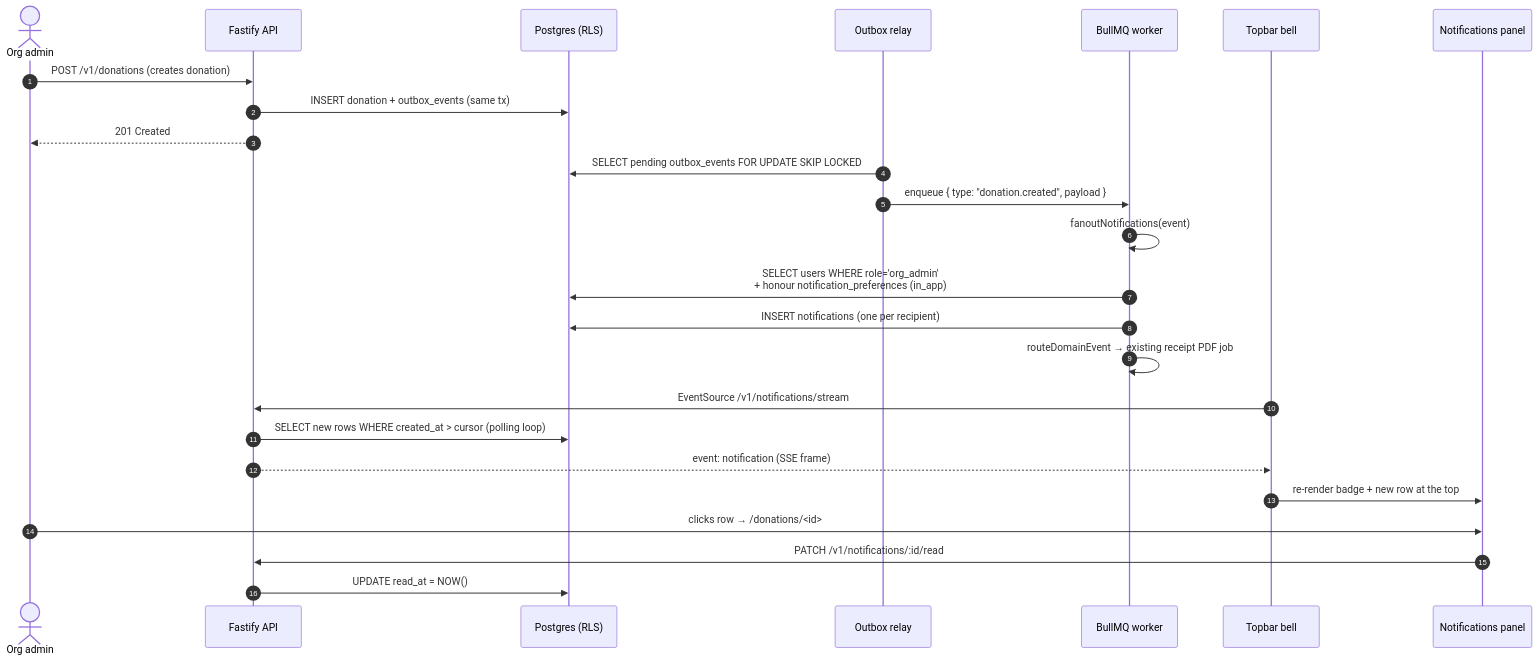
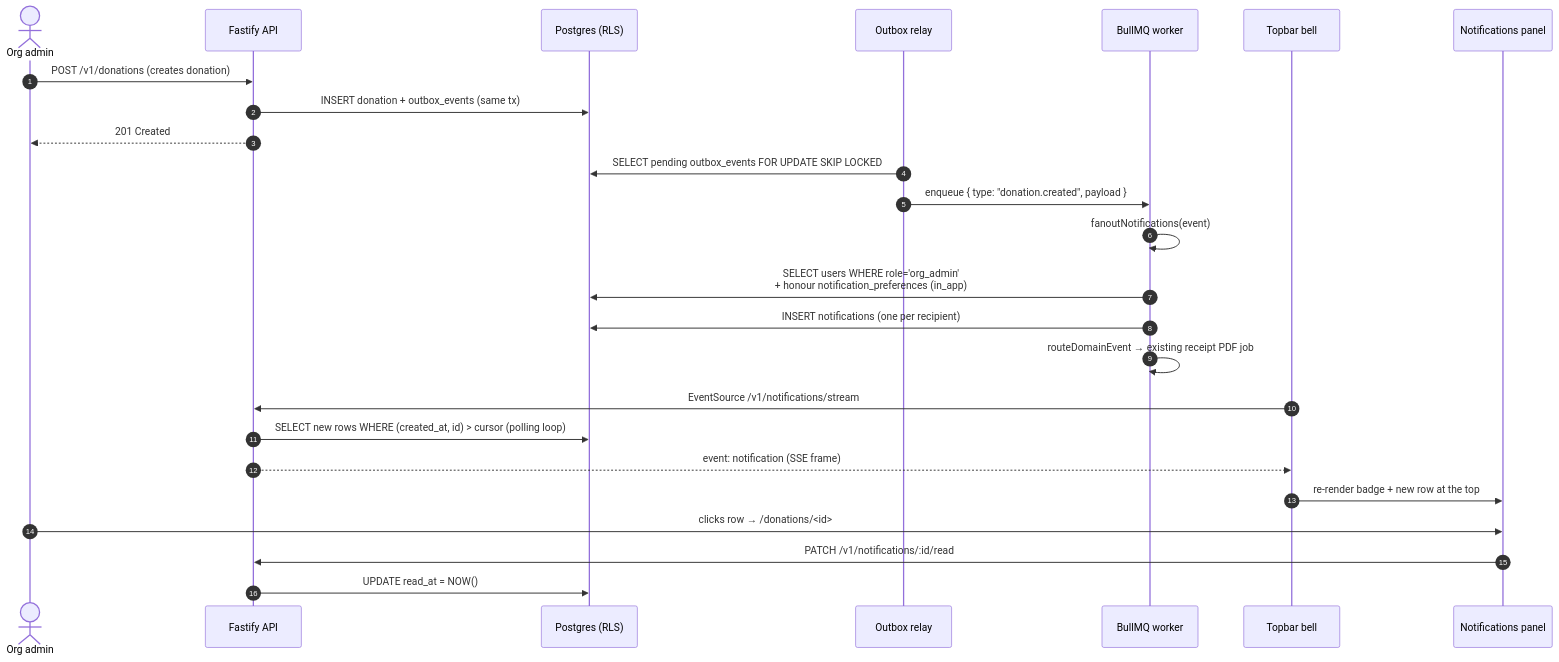
Before and after one commit to purposestack/givernance: the first of 3 diagrams in docs/27-notifications.md, drawn with Mermaid. The commit also changed other lines of this file and 5 other files, not shown here.

````diff
--- a/docs/27-notifications.md
+++ b/docs/27-notifications.md
@@ -31,28 +31,28 @@
 ```mermaid
 sequenceDiagram
   autonumber
   actor Operator as Org admin
   participant API as Fastify API
   participant DB as Postgres (RLS)
   participant Relay as Outbox relay
   participant Worker as BullMQ worker
   participant Bell as Topbar bell
   participant Panel as Notifications panel
 
   Operator->>API: POST /v1/donations (creates donation)
   API->>DB: INSERT donation + outbox_events (same tx)
   API-->>Operator: 201 Created
   Relay->>DB: SELECT pending outbox_events FOR UPDATE SKIP LOCKED
   Relay->>Worker: enqueue { type: "donation.created", payload }
   Worker->>Worker: fanoutNotifications(event)
   Worker->>DB: SELECT users WHERE role='org_admin'<br/>+ honour notification_preferences (in_app)
   Worker->>DB: INSERT notifications (one per recipient)
   Worker->>Worker: routeDomainEvent → existing receipt PDF job
   Bell->>API: EventSource /v1/notifications/stream
-  API->>DB: SELECT new rows WHERE created_at > cursor (polling loop)
+  API->>DB: SELECT new rows WHERE (created_at, id) > cursor (polling loop)
   API-->>Bell: event: notification (SSE frame)
   Bell->>Panel: re-render badge + new row at the top
   Operator->>Panel: clicks row → /donations/<id>
   Panel->>API: PATCH /v1/notifications/:id/read
   API->>DB: UPDATE read_at = NOW()
 ```
````
